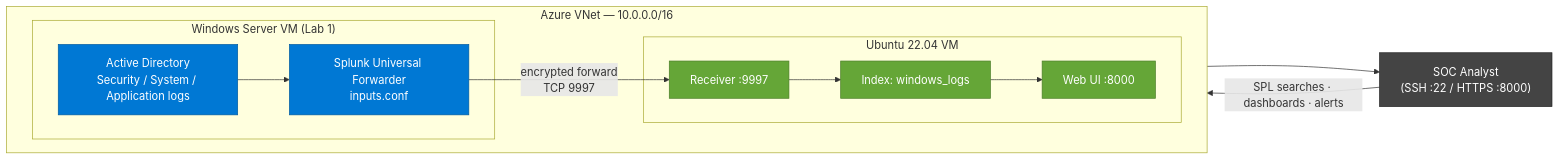
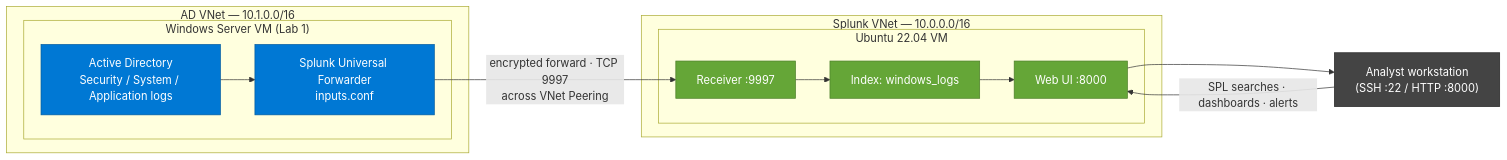
One commit to ejk52515/Splunk-SIEM-Log-Analysis changed the diagram in README.md. Above: the diagram before and after it, drawn with Mermaid. The commit also changed other lines of this file, not shown here.

First line of the commit message:
Clarify VNet peering and update account-lockout detection

````diff
--- a/README.md
+++ b/README.md
@@ -37,29 +37,32 @@
 ```mermaid
 flowchart LR
-    subgraph AZ["Azure VNet — 10.0.0.0/16"]
-        direction LR
+    subgraph ADNET["AD VNet — 10.1.0.0/16"]
         subgraph WIN["Windows Server VM (Lab 1)"]
             AD["Active Directory<br/>Security / System / Application logs"]
             UF["Splunk Universal Forwarder<br/>inputs.conf"]
             AD --> UF
         end
+    end
+
+    subgraph SPLNET["Splunk VNet — 10.0.0.0/16"]
         subgraph LNX["Ubuntu 22.04 VM"]
             REC["Receiver :9997"]
             IDX["Index: windows_logs"]
             WEB["Web UI :8000"]
             REC --> IDX --> WEB
         end
-        UF -- "encrypted forward<br/>TCP 9997" --> REC
     end
 
-    ANALYST["SOC Analyst<br/>(SSH :22 / HTTPS :8000)"]
+    UF -- "encrypted forward · TCP 9997<br/>across VNet Peering" --> REC
+
+    ANALYST["Analyst workstation<br/>(SSH :22 / HTTP :8000)"]
     WEB --> ANALYST
     ANALYST -- "SPL searches · dashboards · alerts" --> WEB
 
     classDef win fill:#0078D4,stroke:#005a9e,color:#fff;
     classDef lnx fill:#65A637,stroke:#4a7d28,color:#fff;
     classDef ext fill:#444,stroke:#222,color:#fff;
     class AD,UF win;
     class REC,IDX,WEB lnx;
     class ANALYST ext;
 ```
````
